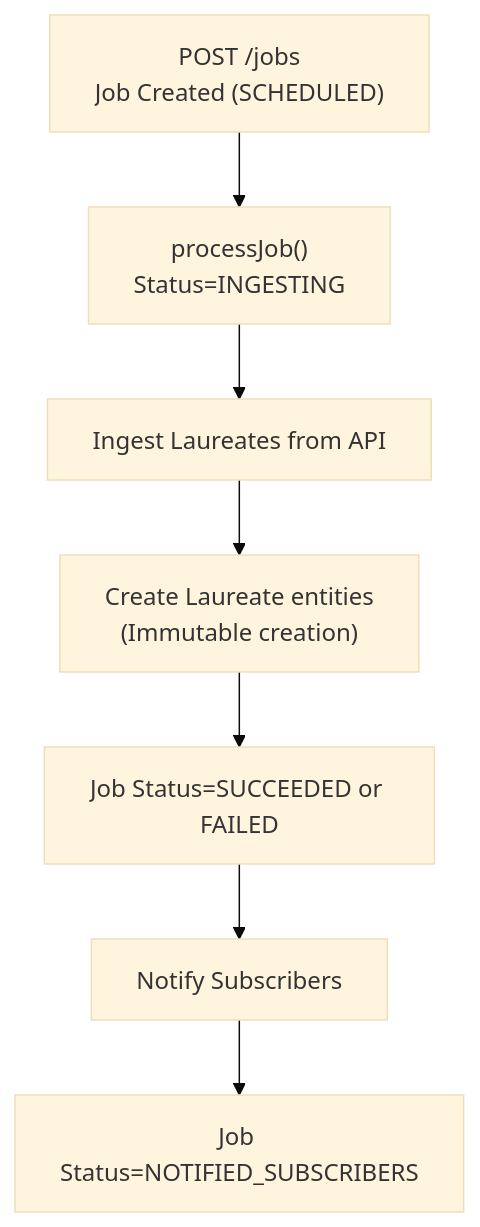
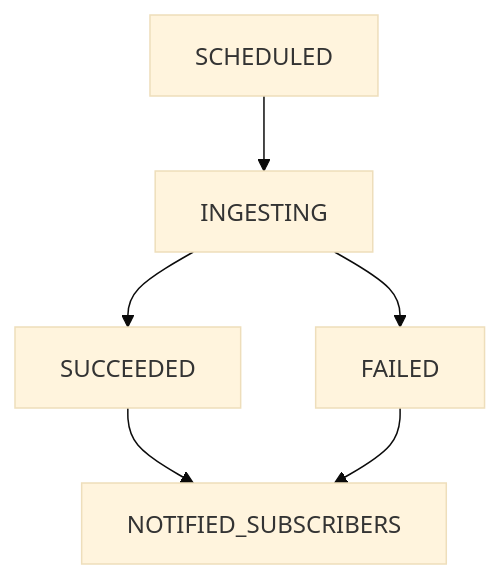
The diagram in src/main/java/com/java_template/prototype/functional_requirement.md (Cyoda-platform/java-client-template), drawn with Mermaid (base theme) before and after one commit. The commit also changed other lines of this file, not shown here.

````diff
--- a/src/main/java/com/java_template/prototype/functional_requirement.md
+++ b/src/main/java/com/java_template/prototype/functional_requirement.md
@@ -184,10 +68,8 @@
 ```mermaid
 graph TD
-  A["POST /jobs<br>Job Created (SCHEDULED)"]
-  A --> B["processJob()<br>Status=INGESTING"]
-  B --> C["Ingest Laureates from API"]
-  C --> D["Create Laureate entities<br>(Immutable creation)"]
-  D --> E["Job Status=SUCCEEDED or FAILED"]
-  E --> F["Notify Subscribers"]
-  F --> G["Job Status=NOTIFIED_SUBSCRIBERS"]
+    A[SCHEDULED] --> B[INGESTING]
+    B --> C1[SUCCEEDED]
+    B --> C2[FAILED]
+    C1 --> D[NOTIFIED_SUBSCRIBERS]
+    C2 --> D
 ```
````
